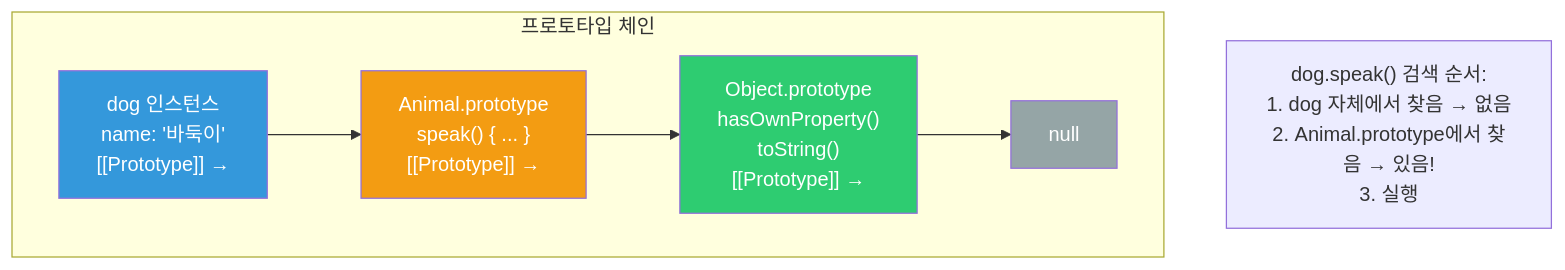
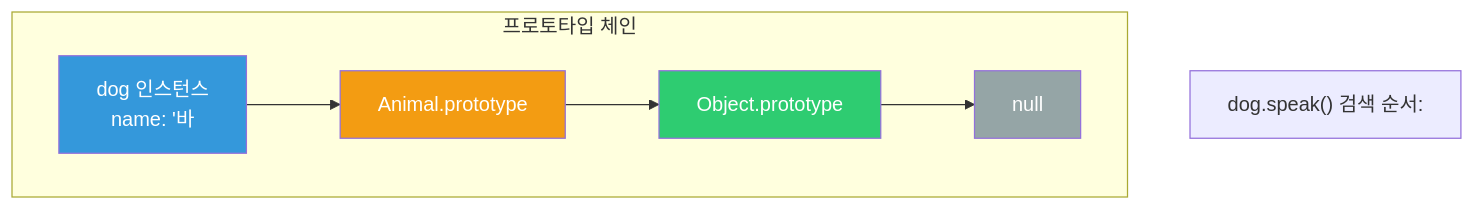
One commit to yjkim2015/yjkim2015.github.io changed the fifth of 6 diagrams in _posts/frontend/2026-05-01-javascript-core.md. Above: the diagram before and after it, drawn with Mermaid. The commit also changed other lines of this file and 271 other files, not shown here.

First line of the commit message:
Mermaid 라벨 축소: 긴 노드 텍스트 18자 이하로 트림 + \n 제거

````diff
--- a/_posts/frontend/2026-05-01-javascript-core.md
+++ b/_posts/frontend/2026-05-01-javascript-core.md
@@ -356,15 +356,15 @@
 ```mermaid
 flowchart TD
     subgraph "프로토타입 체인"
-        DOG["dog 인스턴스\nname: '바둑이'\n[[Prototype]] →"]
-        ANIMAL_PROTO["Animal.prototype\nspeak() { ... }\n[[Prototype]] →"]
-        OBJ_PROTO["Object.prototype\nhasOwnProperty()\ntoString()\n[[Prototype]] →"]
+        DOG["dog 인스턴스\nname: '바"]
+        ANIMAL_PROTO["Animal.prototype\n"]
+        OBJ_PROTO["Object.prototype\n"]
         NULL["null"]
     end
     DOG --> ANIMAL_PROTO --> OBJ_PROTO --> NULL
-    NOTE["dog.speak() 검색 순서:\n1. dog 자체에서 찾음 → 없음\n2. Animal.prototype에서 찾음 → 있음!\n3. 실행"]
+    NOTE["dog.speak() 검색 순서:"]
     style DOG fill:#3498db,color:#fff
     style ANIMAL_PROTO fill:#f39c12,color:#fff
     style OBJ_PROTO fill:#2ecc71,color:#fff
     style NULL fill:#95a5a6,color:#fff
 ```
````
